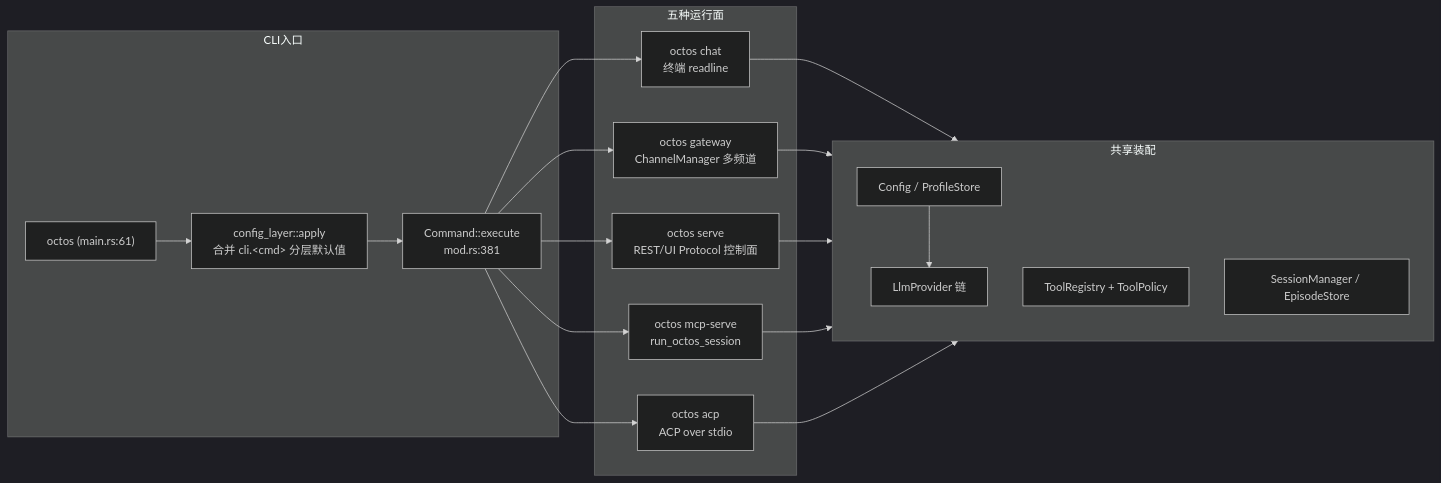
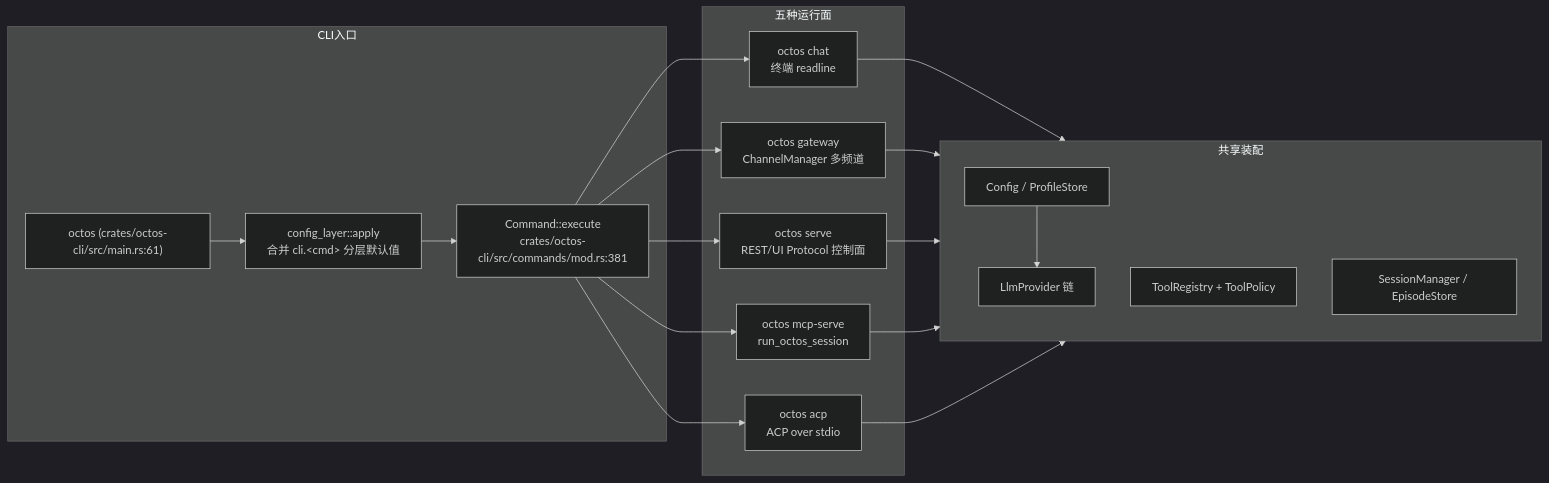
Before and after one commit to octos-org/octos-book: the first of 5 diagrams in chapters/ch14-runtime-modes.md, drawn with Mermaid (dark theme). The commit also changed other lines of this file and 39 other files, not shown here.

````diff
--- a/chapters/ch14-runtime-modes.md
+++ b/chapters/ch14-runtime-modes.md
@@ -48,25 +48,25 @@
 ```mermaid
 flowchart LR
     subgraph CLI入口
-        MAIN["octos (main.rs:61)"] --> LAYER["config_layer::apply<br/>合并 cli.&lt;cmd&gt; 分层默认值"]
-        LAYER --> DISPATCH["Command::execute<br/>mod.rs:381"]
+        MAIN["octos (crates/octos-cli/src/main.rs:61)"] --> LAYER["config_layer::apply<br/>合并 cli.&lt;cmd&gt; 分层默认值"]
+        LAYER --> DISPATCH["Command::execute<br/>crates/octos-cli/src/commands/mod.rs:381"]
     end
 
     subgraph 五种运行面
         DISPATCH --> CHAT["octos chat<br/>终端 readline"]
         DISPATCH --> GW["octos gateway<br/>ChannelManager 多频道"]
         DISPATCH --> SERVE["octos serve<br/>REST/UI Protocol 控制面"]
         DISPATCH --> MCPS["octos mcp-serve<br/>run_octos_session"]
         DISPATCH --> ACP["octos acp<br/>ACP over stdio"]
     end
 
     subgraph 共享装配
         CONFIG["Config / ProfileStore"]
         LLM["LlmProvider 链"]
         TOOLS["ToolRegistry + ToolPolicy"]
         SESS["SessionManager / EpisodeStore"]
     end
 
     CONFIG --> LLM
     CHAT & GW & SERVE & MCPS & ACP --> 共享装配
 ```
````
